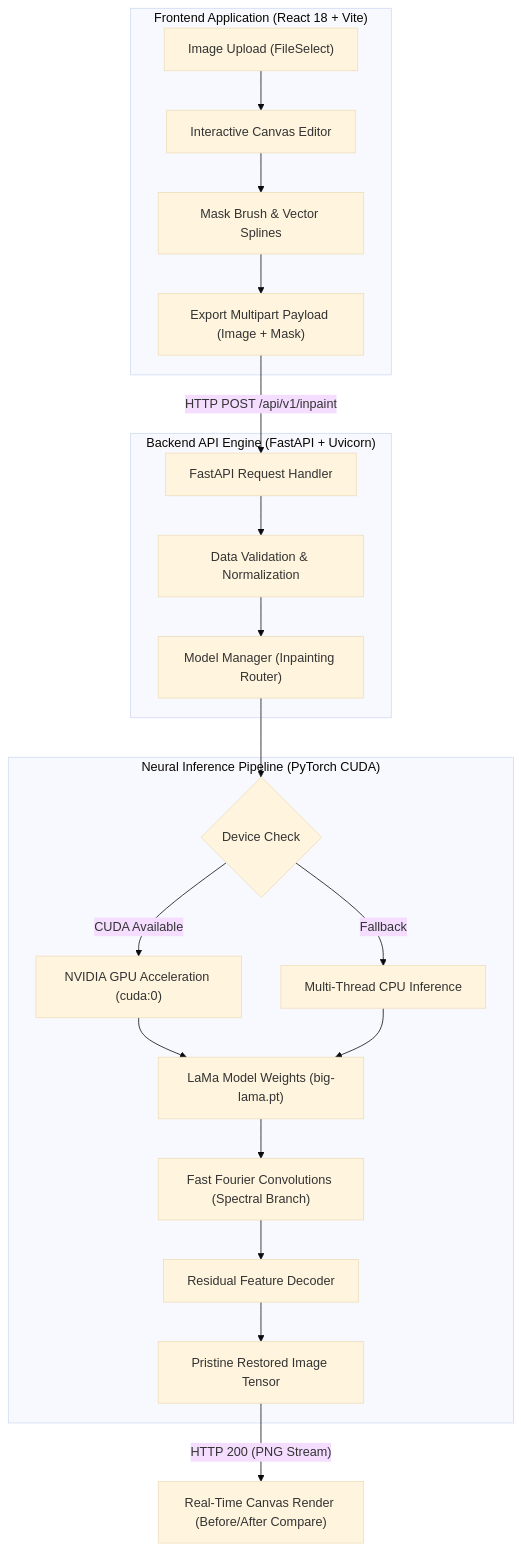
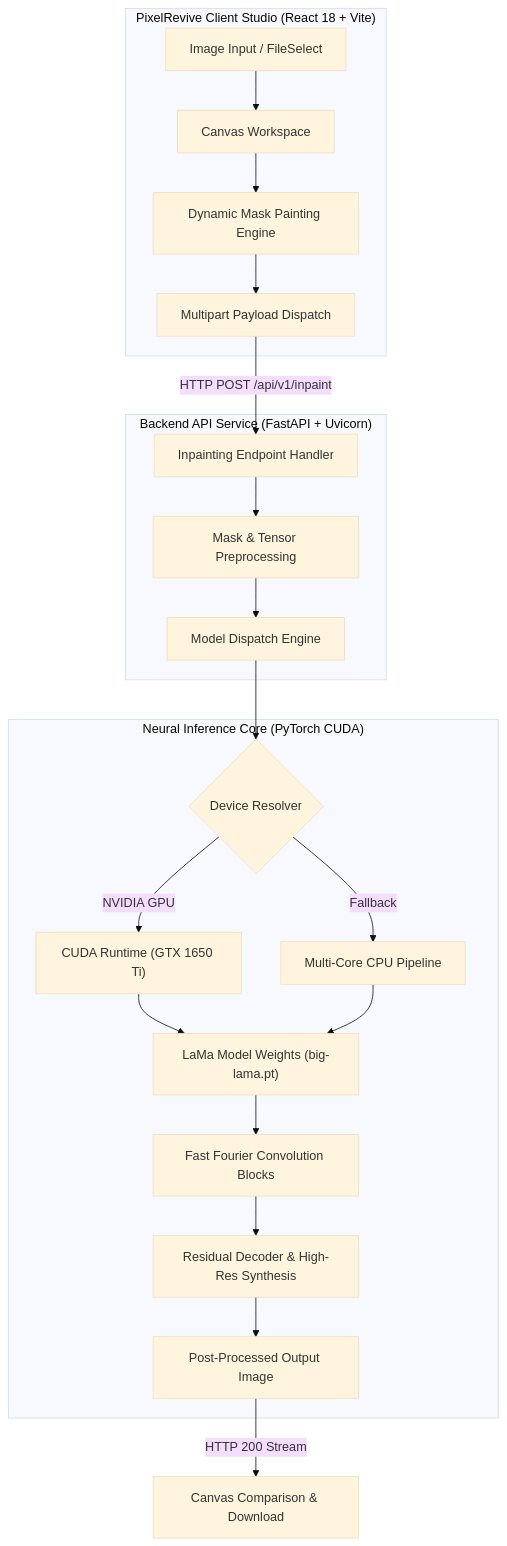
One commit to xdc7-css/PixelRevive-AI-Inpainting changed the diagram in README.md. Above: the diagram before and after it, drawn with Mermaid (base theme). The commit also changed other lines of this file and 14 other files, not shown here.

First line of the commit message:
refine: establish PixelRevive as exclusive project identity

````diff
--- a/README.md
+++ b/README.md
@@ -112,27 +150,27 @@
 ```mermaid
 flowchart TD
-    subgraph Client["Frontend Application (React 18 + Vite)"]
-        A["Image Upload (FileSelect)"] --> B["Interactive Canvas Editor"]
-        B --> C["Mask Brush & Vector Splines"]
-        C --> D["Export Multipart Payload (Image + Mask)"]
+    subgraph UI["PixelRevive Client Studio (React 18 + Vite)"]
+        A["Image Input / FileSelect"] --> B["Canvas Workspace"]
+        B --> C["Dynamic Mask Painting Engine"]
+        C --> D["Multipart Payload Dispatch"]
     end
 
-    subgraph Server["Backend API Engine (FastAPI + Uvicorn)"]
-        D -->|"HTTP POST /api/v1/inpaint"| E["FastAPI Request Handler"]
-        E --> F["Data Validation & Normalization"]
-        F --> G["Model Manager (Inpainting Router)"]
+    subgraph API["Backend API Service (FastAPI + Uvicorn)"]
+        D -->|"HTTP POST /api/v1/inpaint"| E["Inpainting Endpoint Handler"]
+        E --> F["Mask & Tensor Preprocessing"]
+        F --> G["Model Dispatch Engine"]
     end
 
-    subgraph Inference["Neural Inference Pipeline (PyTorch CUDA)"]
-        G --> H{"Device Check"}
-        H -->|"CUDA Available"| I["NVIDIA GPU Acceleration (cuda:0)"]
-        H -->|"Fallback"| J["Multi-Thread CPU Inference"]
+    subgraph Engine["Neural Inference Core (PyTorch CUDA)"]
+        G --> H{"Device Resolver"}
+        H -->|"NVIDIA GPU"| I["CUDA Runtime (GTX 1650 Ti)"]
+        H -->|"Fallback"| J["Multi-Core CPU Pipeline"]
         I --> K["LaMa Model Weights (big-lama.pt)"]
         J --> K
-        K --> L["Fast Fourier Convolutions (Spectral Branch)"]
-        L --> M["Residual Feature Decoder"]
-        M --> N["Pristine Restored Image Tensor"]
+        K --> L["Fast Fourier Convolution Blocks"]
+        L --> M["Residual Decoder & High-Res Synthesis"]
+        M --> N["Post-Processed Output Image"]
     end
 
-    N -->|"HTTP 200 (PNG Stream)"| O["Real-Time Canvas Render (Before/After Compare)"]
+    N -->|"HTTP 200 Stream"| O["Canvas Comparison & Download"]
 ```
````
